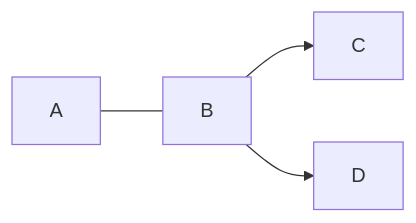
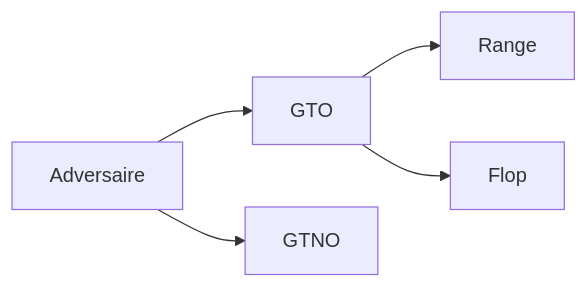
Before and after one commit to greglejeune/blog: the diagram in _posts/2020-01-01-test.md, drawn with Mermaid.

```diff
--- a/_posts/2020-01-01-test.md
+++ b/_posts/2020-01-01-test.md
@@ -16,6 +16,7 @@
     <div class="mermaid">
         graph LR
-            A --- B
-            B-->C
-            B-->D;
+            Adversaire --> GTO
+            Adversaire --> GTNO
+            GTO --> Range
+            GTO --> Flop;
     </div>
```
